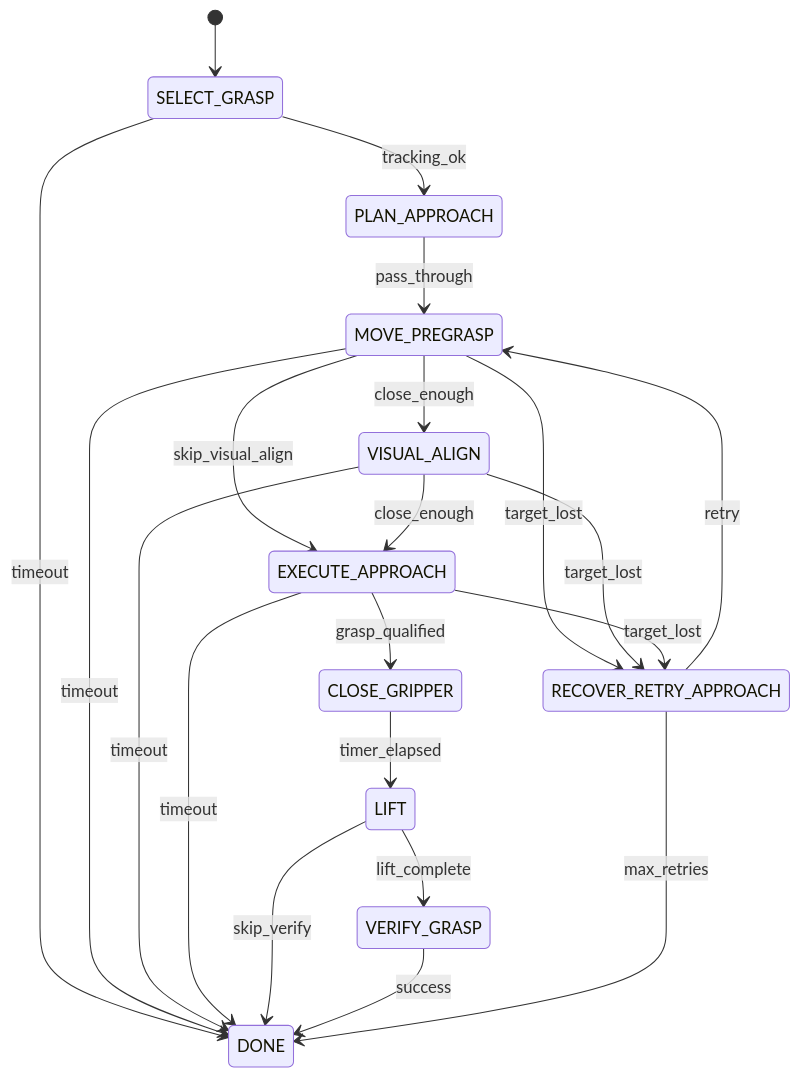
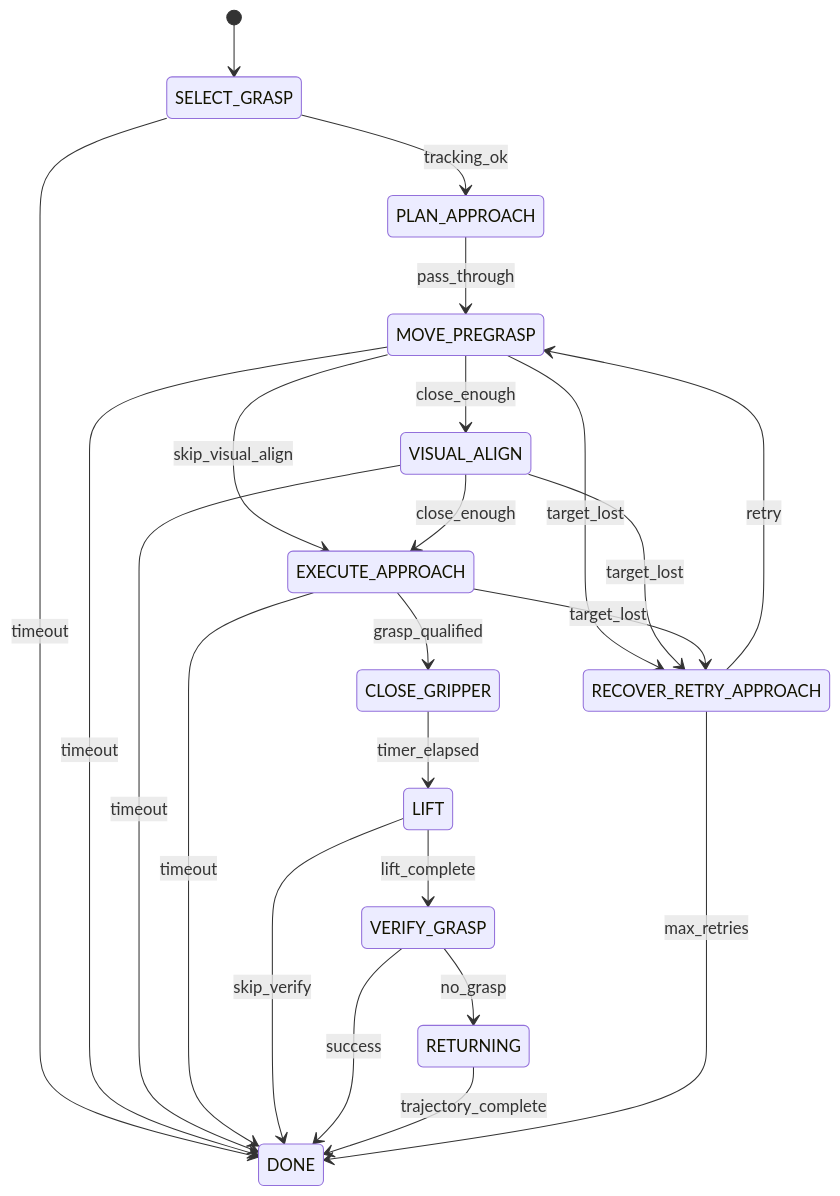
One commit to andrei-ace/HALO changed the diagram in configs/skills/pick/default.mmd. Above: the diagram before and after it, drawn with Mermaid. The commit also changed 17 other files, not shown here.

First line of the commit message:
fix(sim): propagate VERIFY_GRASP failure, fix operator message batching

```diff
--- a/configs/skills/pick/default.mmd
+++ b/configs/skills/pick/default.mmd
@@ -1,21 +1,23 @@
 stateDiagram-v2
     [*] --> SELECT_GRASP
     SELECT_GRASP --> PLAN_APPROACH : tracking_ok
     SELECT_GRASP --> DONE : timeout
     PLAN_APPROACH --> MOVE_PREGRASP : pass_through
     MOVE_PREGRASP --> VISUAL_ALIGN : close_enough
     MOVE_PREGRASP --> RECOVER_RETRY_APPROACH : target_lost
     MOVE_PREGRASP --> EXECUTE_APPROACH : skip_visual_align
     MOVE_PREGRASP --> DONE : timeout
     VISUAL_ALIGN --> EXECUTE_APPROACH : close_enough
     VISUAL_ALIGN --> RECOVER_RETRY_APPROACH : target_lost
     VISUAL_ALIGN --> DONE : timeout
     EXECUTE_APPROACH --> CLOSE_GRIPPER : grasp_qualified
     EXECUTE_APPROACH --> RECOVER_RETRY_APPROACH : target_lost
     EXECUTE_APPROACH --> DONE : timeout
     CLOSE_GRIPPER --> LIFT : timer_elapsed
     LIFT --> VERIFY_GRASP : lift_complete
     LIFT --> DONE : skip_verify
     VERIFY_GRASP --> DONE : success
+    VERIFY_GRASP --> RETURNING : no_grasp
+    RETURNING --> DONE : trajectory_complete
     RECOVER_RETRY_APPROACH --> MOVE_PREGRASP : retry
     RECOVER_RETRY_APPROACH --> DONE : max_retries
```
